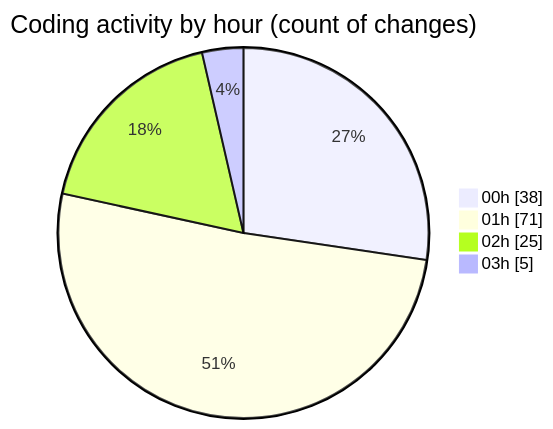
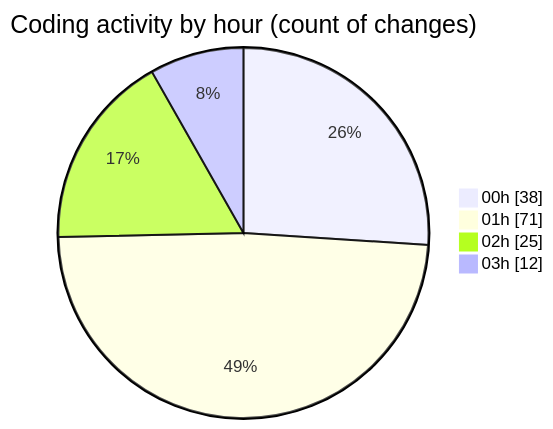
The second of 2 diagrams in 2025-07-27/quanlyrapchieuphim-1/README.md (lephambinh05/code-tracking), drawn with Mermaid before and after one commit. The commit also changed other lines of this file and 1 other file, not shown here.

````diff
--- a/2025-07-27/quanlyrapchieuphim-1/README.md
+++ b/2025-07-27/quanlyrapchieuphim-1/README.md
@@ -66,8 +68,8 @@
 ```mermaid
 pie showData
 title Coding activity by hour (count of changes)
 "00h" : 38
 "01h" : 71
 "02h" : 25
-"03h" : 5
+"03h" : 12
 ```
````
